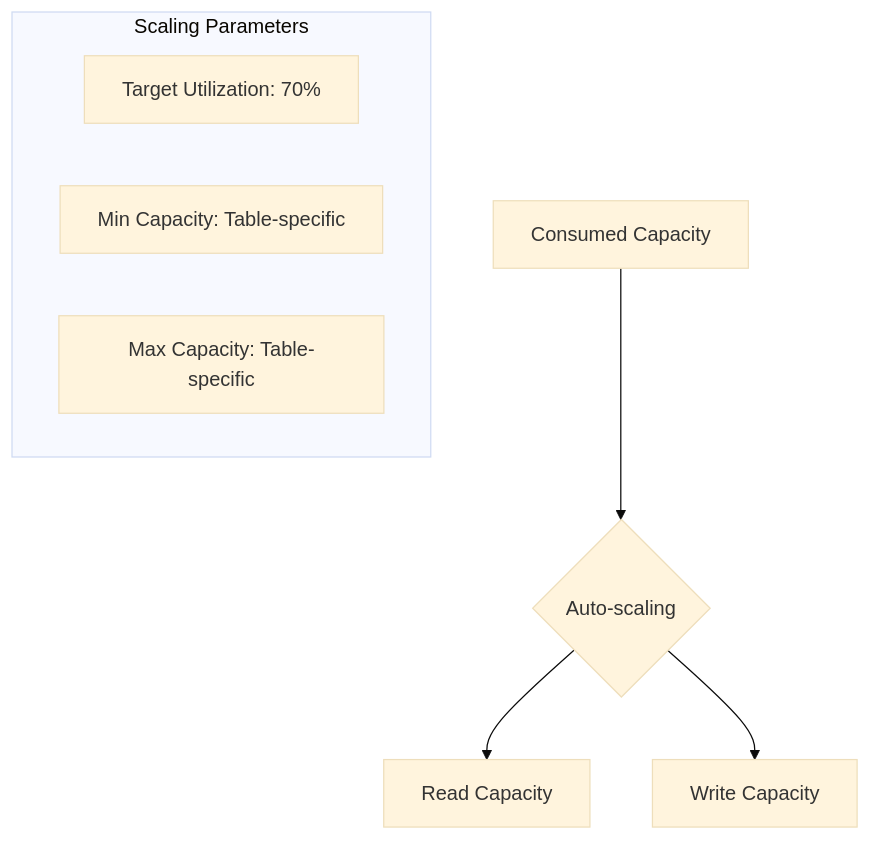
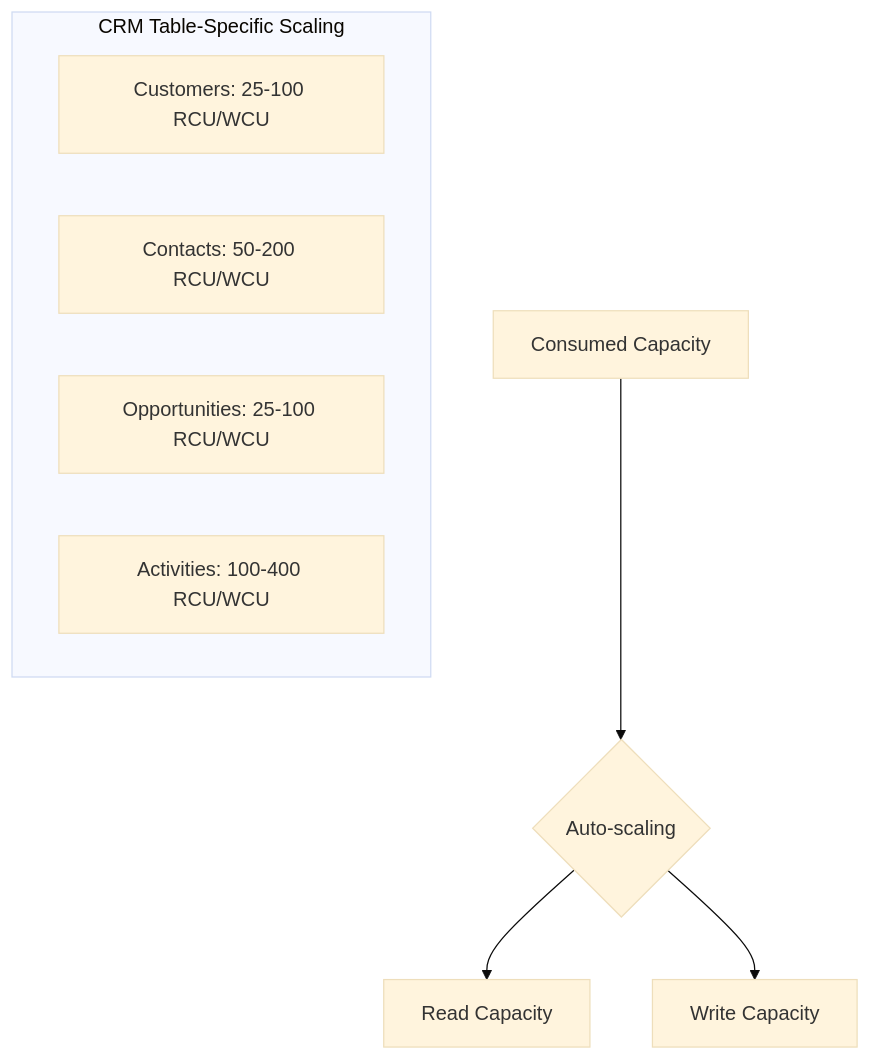
Before and after one commit to philkunz/fargate: the ninth of 12 diagrams in architecture/scaling.md, drawn with Mermaid (base theme). The commit also changed other lines of this file and 11 other files, not shown here.

Commit message:
feat(documentation): Revamp Zebros CRM serverless architecture documentation with updated diagrams, expanded API, authentication, long-running tasks, data storage, and scaling details

````diff
--- a/architecture/scaling.md
+++ b/architecture/scaling.md
@@ -166,12 +204,13 @@
 ```mermaid
 graph TD
     ConsumedCapacity[Consumed Capacity] --> DDBScaling{Auto-scaling}
     DDBScaling --> ReadCapacity[Read Capacity]
     DDBScaling --> WriteCapacity[Write Capacity]
     
-    subgraph "Scaling Parameters"
-        TargetUtilization[Target Utilization: 70%]
-        MinCapacity[Min Capacity: Table-specific]
-        MaxCapacity[Max Capacity: Table-specific]
+    subgraph "CRM Table-Specific Scaling"
+        CustomersTable[Customers: 25-100 RCU/WCU]
+        ContactsTable[Contacts: 50-200 RCU/WCU]
+        OpportunitiesTable[Opportunities: 25-100 RCU/WCU]
+        ActivitiesTable[Activities: 100-400 RCU/WCU]
     end
 ```
````
